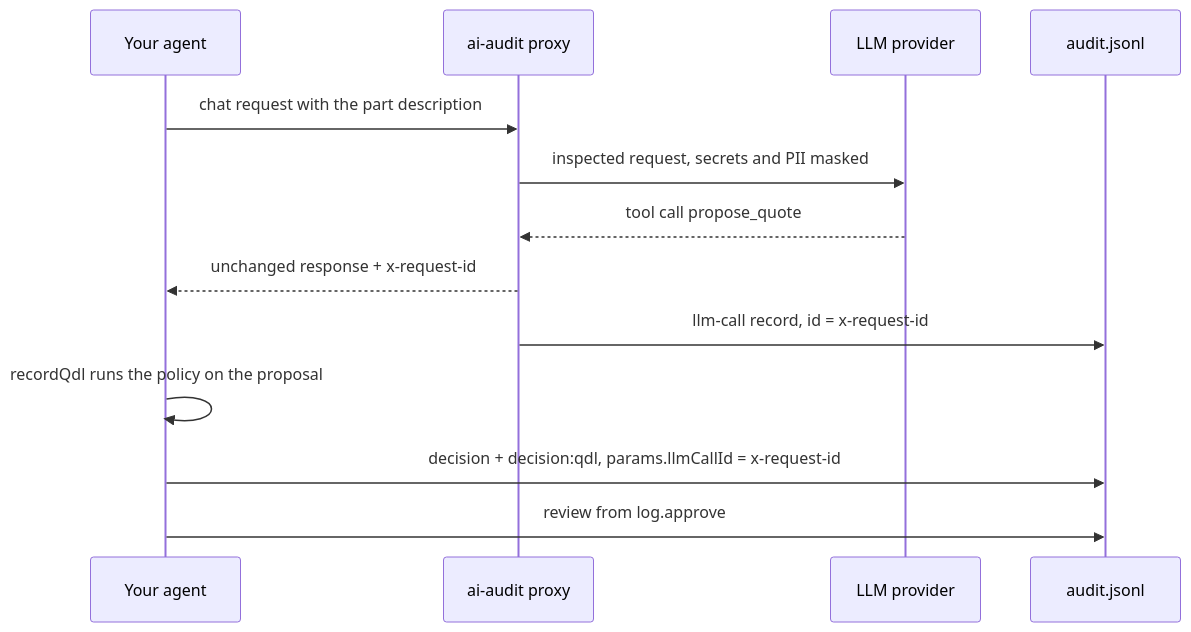
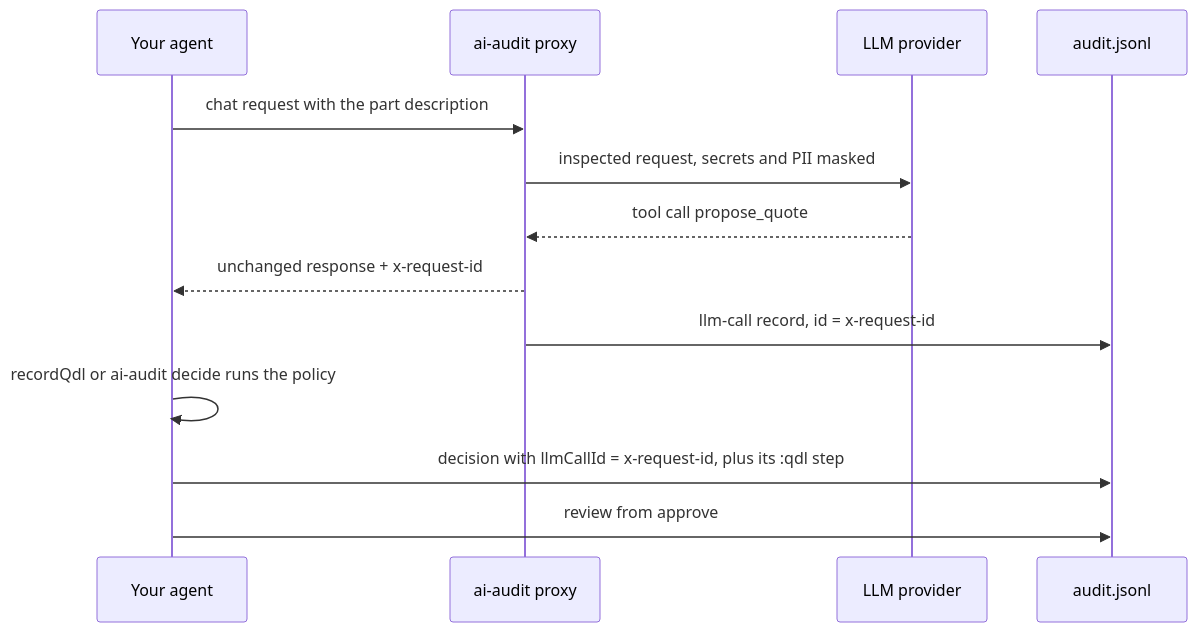
One commit to adagora/ai-audit changed the second of 2 diagrams in README.md. Above: the diagram before and after it, drawn with Mermaid. The commit also changed other lines of this file and 11 other files, not shown here.

First line of the commit message:
feat(decisions): CLI decide, approve and replay; record every QDL outcome (ADR 0023)

````diff
--- a/README.md
+++ b/README.md
@@ -131,15 +136,15 @@
 ```mermaid
 sequenceDiagram
   participant A as Your agent
   participant P as ai-audit proxy
   participant M as LLM provider
   participant L as audit.jsonl
   A->>P: chat request with the part description
   P->>M: inspected request, secrets and PII masked
   M-->>P: tool call propose_quote
   P-->>A: unchanged response + x-request-id
   P->>L: llm-call record, id = x-request-id
-  A->>A: recordQdl runs the policy on the proposal
-  A->>L: decision + decision:qdl, params.llmCallId = x-request-id
-  A->>L: review from log.approve
+  A->>A: recordQdl or ai-audit decide runs the policy
+  A->>L: decision with llmCallId = x-request-id, plus its :qdl step
+  A->>L: review from approve
 ```
````
